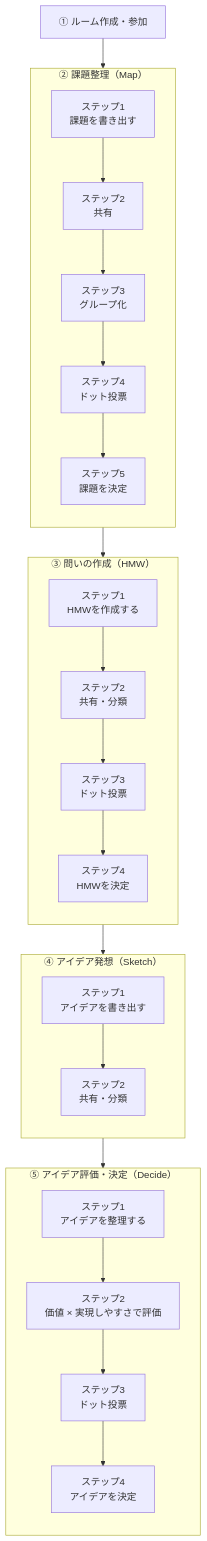
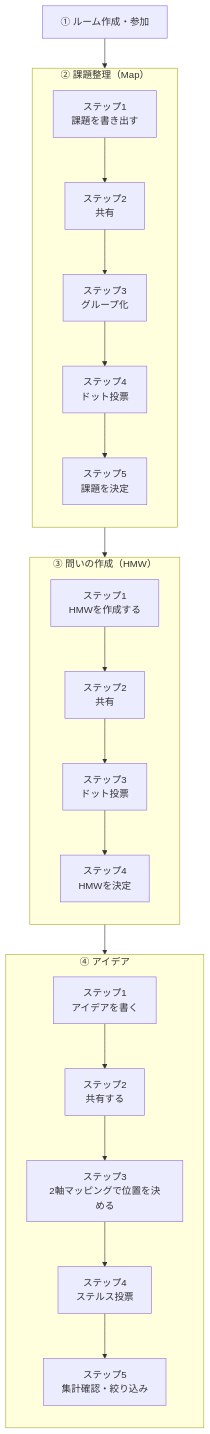
The diagram in docs/ds-flow.md (engineer-first/idea-flow-app), drawn with Mermaid before and after one commit. The commit also changed 3 other files, not shown here.

````diff
--- a/docs/ds-flow.md
+++ b/docs/ds-flow.md
@@ -3,52 +3,43 @@
 ```mermaid
 flowchart TD
 
 A[① ルーム作成・参加]
 
 A --> C
 
 subgraph C["② 課題整理（Map）"]
 direction TB
 C1[ステップ1<br>課題を書き出す]
 C2[ステップ2<br>共有]
 C3[ステップ3<br>グループ化]
 C4[ステップ4<br>ドット投票]
 C5[ステップ5<br>課題を決定]
 
 C1 --> C2 --> C3 --> C4 --> C5
 end
 
 C --> D
 
 subgraph D["③ 問いの作成（HMW）"]
 direction TB
 D1[ステップ1<br>HMWを作成する]
-D2[ステップ2<br>共有・分類]
+D2[ステップ2<br>共有]
 D3[ステップ3<br>ドット投票]
 D4[ステップ4<br>HMWを決定]
 
 D1 --> D2 --> D3 --> D4
 end
 
 D --> E
 
-subgraph E["④ アイデア発想（Sketch）"]
+subgraph E["④ アイデア"]
 direction TB
-E1[ステップ1<br>アイデアを書き出す]
-E2[ステップ2<br>共有・分類]
+E1[ステップ1<br>アイデアを書く]
+E2[ステップ2<br>共有する]
+E3[ステップ3<br>2軸マッピングで位置を決める]
+E4[ステップ4<br>ステルス投票]
+E5[ステップ5<br>集計確認・絞り込み]
 
-E1 --> E2
-end
-
-E --> F
-
-subgraph F["⑤ アイデア評価・決定（Decide）"]
-direction TB
-F1[ステップ1<br>アイデアを整理する]
-F2[ステップ2<br>価値 × 実現しやすさで評価]
-F3[ステップ3<br>ドット投票]
-F4[ステップ4<br>アイデアを決定]
-
-F1 --> F2 --> F3 --> F4
+E1 --> E2 --> E3 --> E4 --> E5
 end
 ```
````
